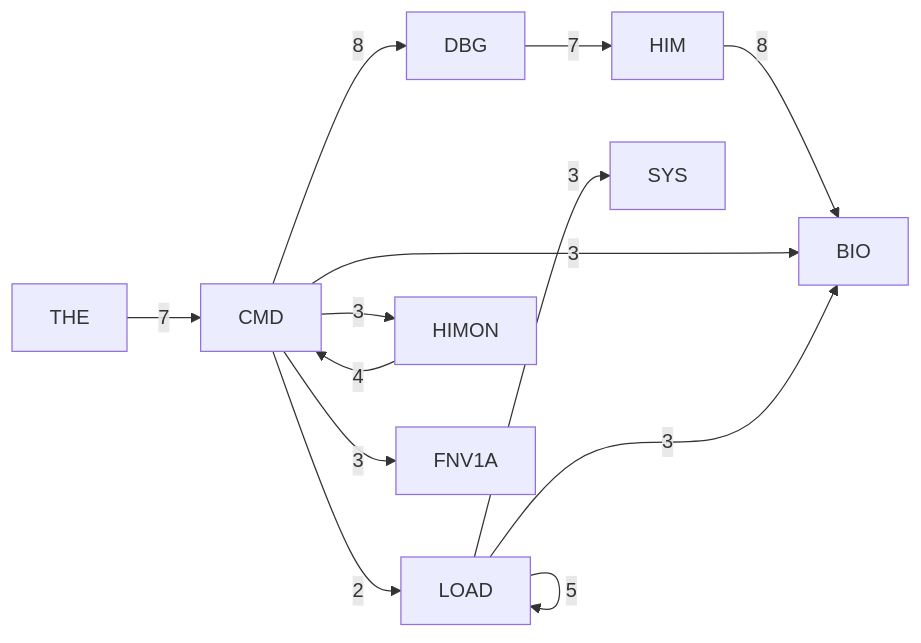
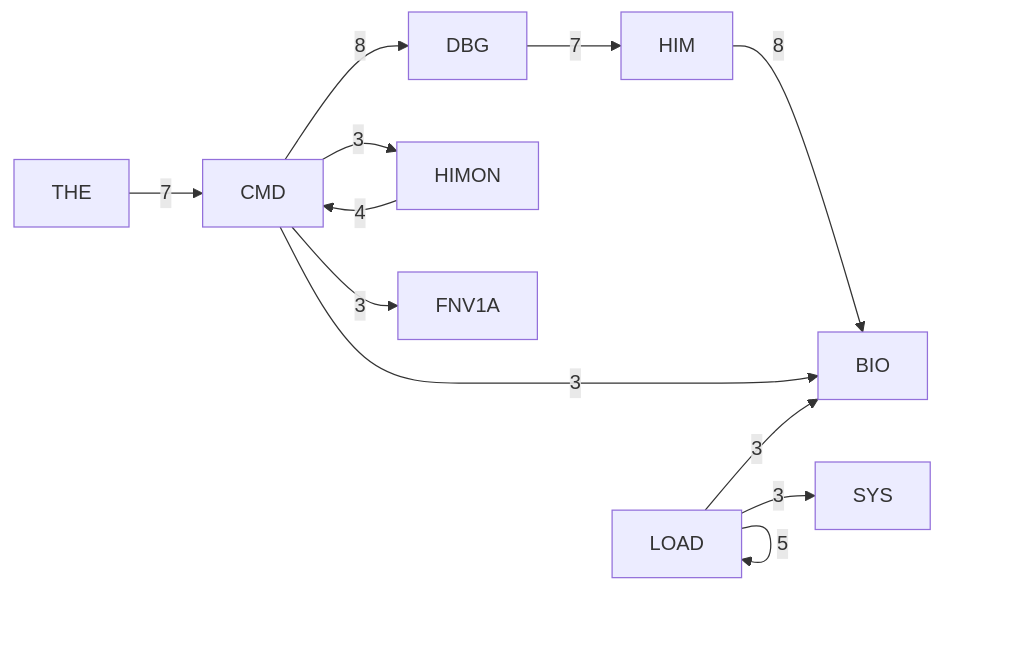
One commit to 95westus/R-YORS changed the third of 6 diagrams in DOC/GENERATED/ROUTINE_CLASS_DIAGRAM.md. Above: the diagram before and after it, drawn with Mermaid. The commit also changed other lines of this file and 14 other files, not shown here.

````diff
--- a/DOC/GENERATED/ROUTINE_CLASS_DIAGRAM.md
+++ b/DOC/GENERATED/ROUTINE_CLASS_DIAGRAM.md
@@ -44,15 +44,14 @@
 ```mermaid
 flowchart LR
     P_CMD[CMD] -->|8| P_DBG[DBG]
     P_HIM[HIM] -->|8| P_BIO[BIO]
     P_DBG[DBG] -->|7| P_HIM[HIM]
     P_THE[THE] -->|7| P_CMD[CMD]
     P_LOAD[LOAD] -->|5| P_LOAD[LOAD]
     P_HIMON[HIMON] -->|4| P_CMD[CMD]
     P_CMD[CMD] -->|3| P_BIO[BIO]
     P_CMD[CMD] -->|3| P_FNV1A[FNV1A]
     P_CMD[CMD] -->|3| P_HIMON[HIMON]
     P_LOAD[LOAD] -->|3| P_BIO[BIO]
     P_LOAD[LOAD] -->|3| P_SYS[SYS]
-    P_CMD[CMD] -->|2| P_LOAD[LOAD]
 ```
````
